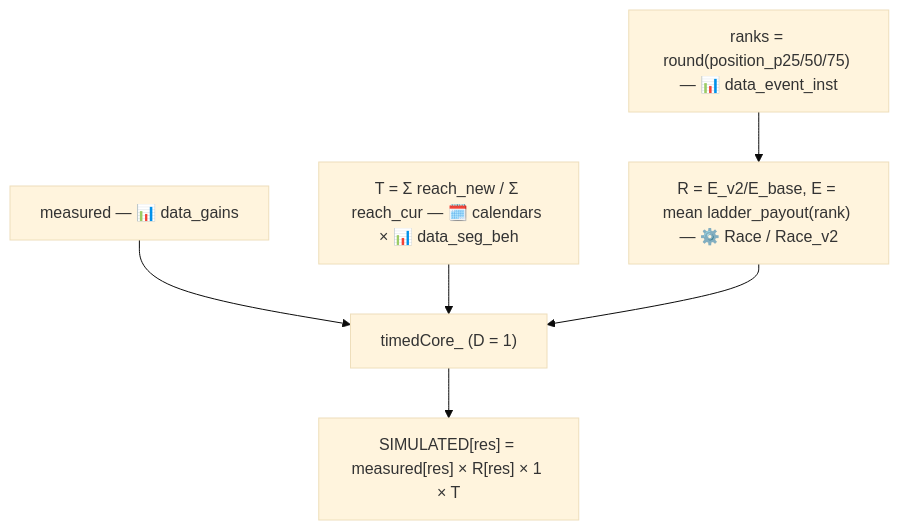
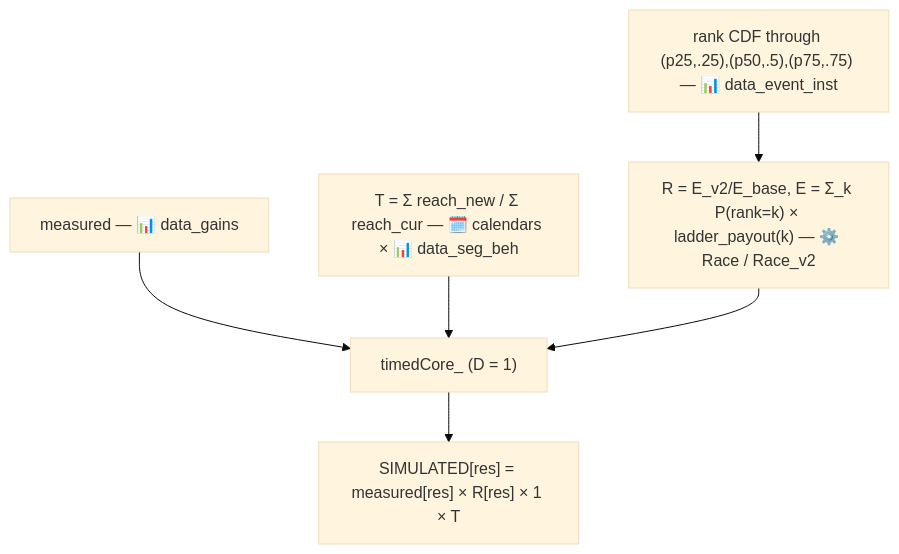
One commit to Teatree/r_live_ops_2 changed the sixth of 12 diagrams in SIMULATION_METHODOLOGY.md. Above: the diagram before and after it, drawn with Mermaid (base theme). The commit also changed other lines of this file and 2 other files, not shown here.

First line of the commit message:
Docs: the leaderboard rank axis is a distribution now (D25 / D25a)

````diff
--- a/SIMULATION_METHODOLOGY.md
+++ b/SIMULATION_METHODOLOGY.md
@@ -773,8 +785,8 @@
 ```mermaid
 flowchart TD
   M["measured — 📊 data_gains"] --> CORE["timedCore_ (D = 1)"]
   T["T = Σ reach_new / Σ reach_cur — 🗓️ calendars × 📊 data_seg_beh"] --> CORE
-  RANK["ranks = round(position_p25/50/75) — 📊 data_event_inst"] --> R["R = E_v2/E_base, E = mean ladder_payout(rank) — ⚙️ Race / Race_v2"]
+  RANK["rank CDF through (p25,.25),(p50,.5),(p75,.75) — 📊 data_event_inst"] --> R["R = E_v2/E_base, E = Σ_k P(rank=k) × ladder_payout(k) — ⚙️ Race / Race_v2"]
   R --> CORE
   CORE --> OUT["SIMULATED[res] = measured[res] × R[res] × 1 × T"]
 ```
````
